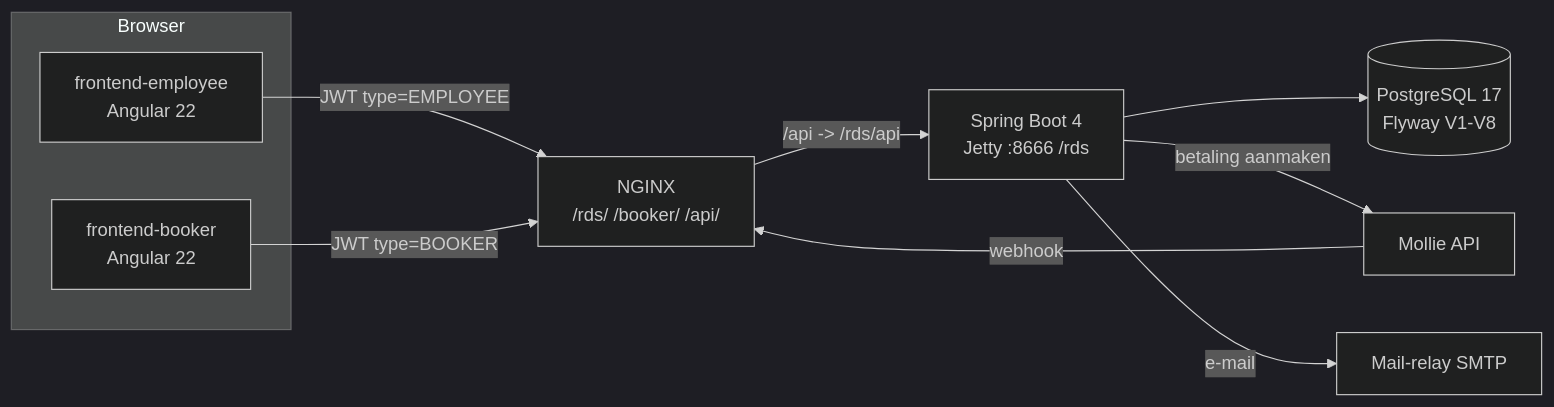
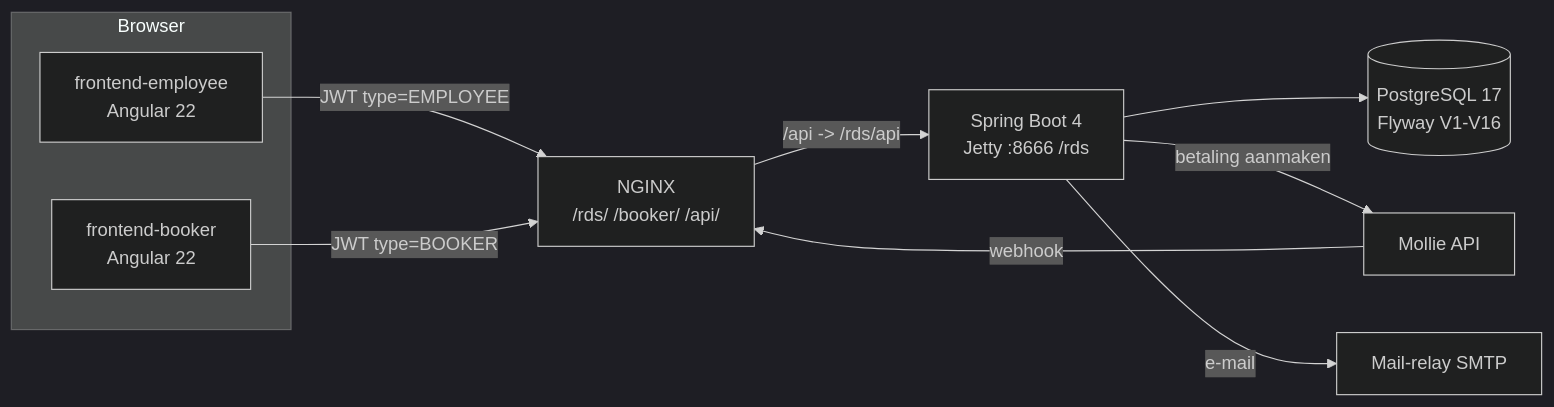
One commit to kbosma/rds changed the diagram in docs/overview.md. Above: the diagram before and after it, drawn with Mermaid (dark theme). The commit also changed other lines of this file and 25 other files, not shown here.

````diff
--- a/docs/overview.md
+++ b/docs/overview.md
@@ -54,20 +54,20 @@
 ```mermaid
 flowchart LR
     subgraph Browser
       EMP[frontend-employee<br/>Angular 22]
       BOK[frontend-booker<br/>Angular 22]
     end
     NGX[NGINX<br/>/rds/ /booker/ /api/]
     API[Spring Boot 4<br/>Jetty :8666 /rds]
-    DB[(PostgreSQL 17<br/>Flyway V1-V8)]
+    DB[(PostgreSQL 17<br/>Flyway V1-V16)]
     MOL[Mollie API]
     SMTP[Mail-relay SMTP]
 
     EMP -->|JWT type=EMPLOYEE| NGX
     BOK -->|JWT type=BOOKER| NGX
     NGX -->|/api -> /rds/api| API
     API --> DB
     API -->|betaling aanmaken| MOL
     MOL -->|webhook| NGX
     API -->|e-mail| SMTP
 ```
````
